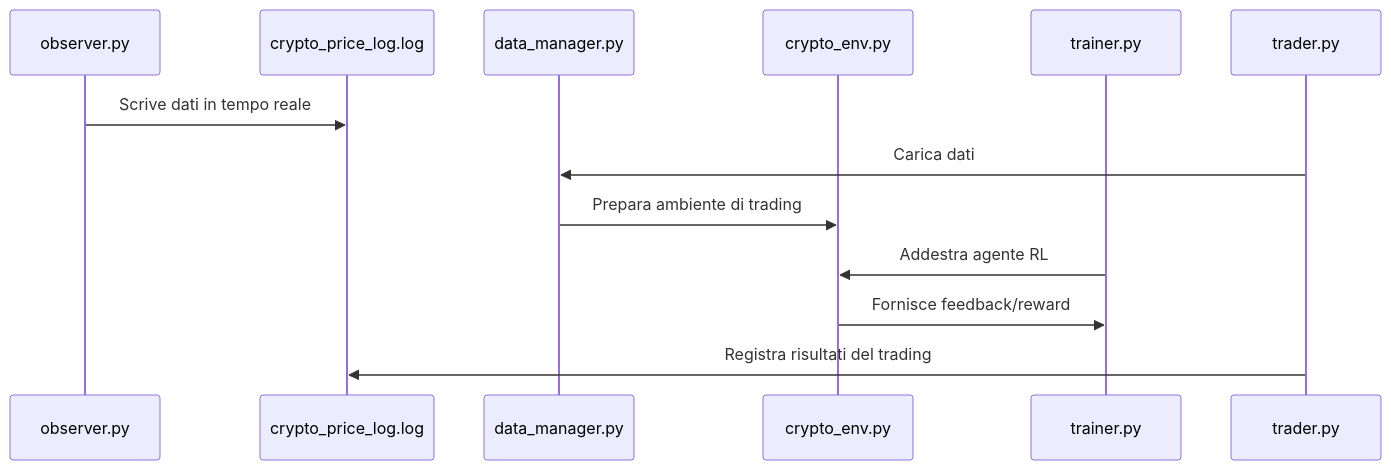
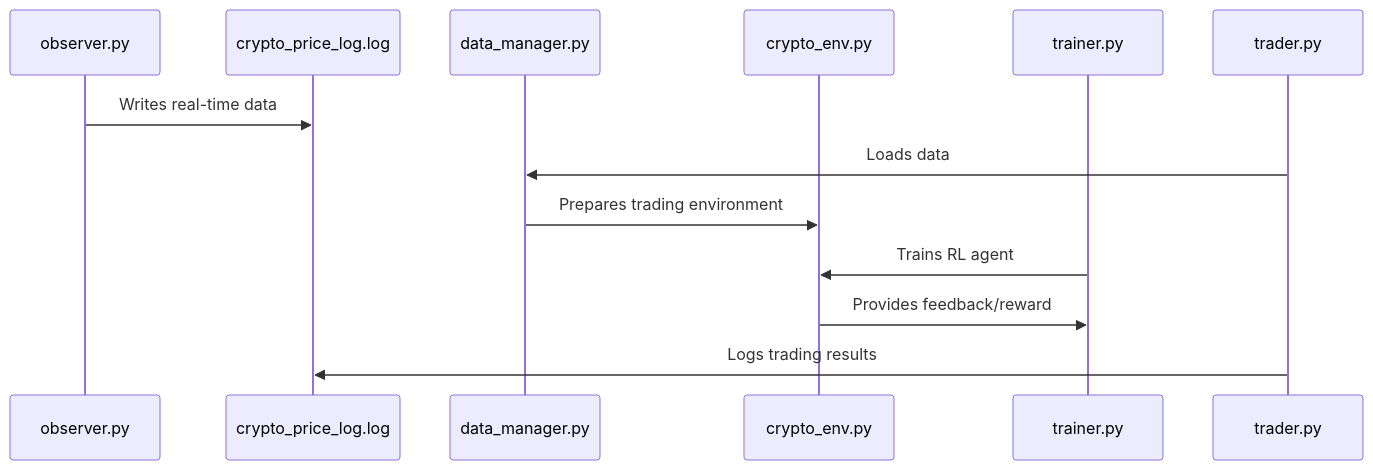
Before and after one commit to gnovelli/trading: the second of 2 diagrams in README.md, drawn with Mermaid. The commit also changed other lines of this file, not shown here.

````diff
--- a/README.md
+++ b/README.md
@@ -60,16 +59,16 @@
 ```mermaid
 sequenceDiagram
     participant Observer as observer.py
     participant Log as crypto_price_log.log
     participant DataManager as data_manager.py
     participant Env as crypto_env.py
     participant Trainer as trainer.py
     participant Trader as trader.py
 
-    Observer ->> Log: Scrive dati in tempo reale
-    Trader ->> DataManager: Carica dati
-    DataManager ->> Env: Prepara ambiente di trading
-    Trainer ->> Env: Addestra agente RL
-    Env ->> Trainer: Fornisce feedback/reward
-    Trader ->> Log: Registra risultati del trading
+    Observer ->> Log: Writes real-time data
+    Trader ->> DataManager: Loads data
+    DataManager ->> Env: Prepares trading environment
+    Trainer ->> Env: Trains RL agent
+    Env ->> Trainer: Provides feedback/reward
+    Trader ->> Log: Logs trading results
 ```
````
